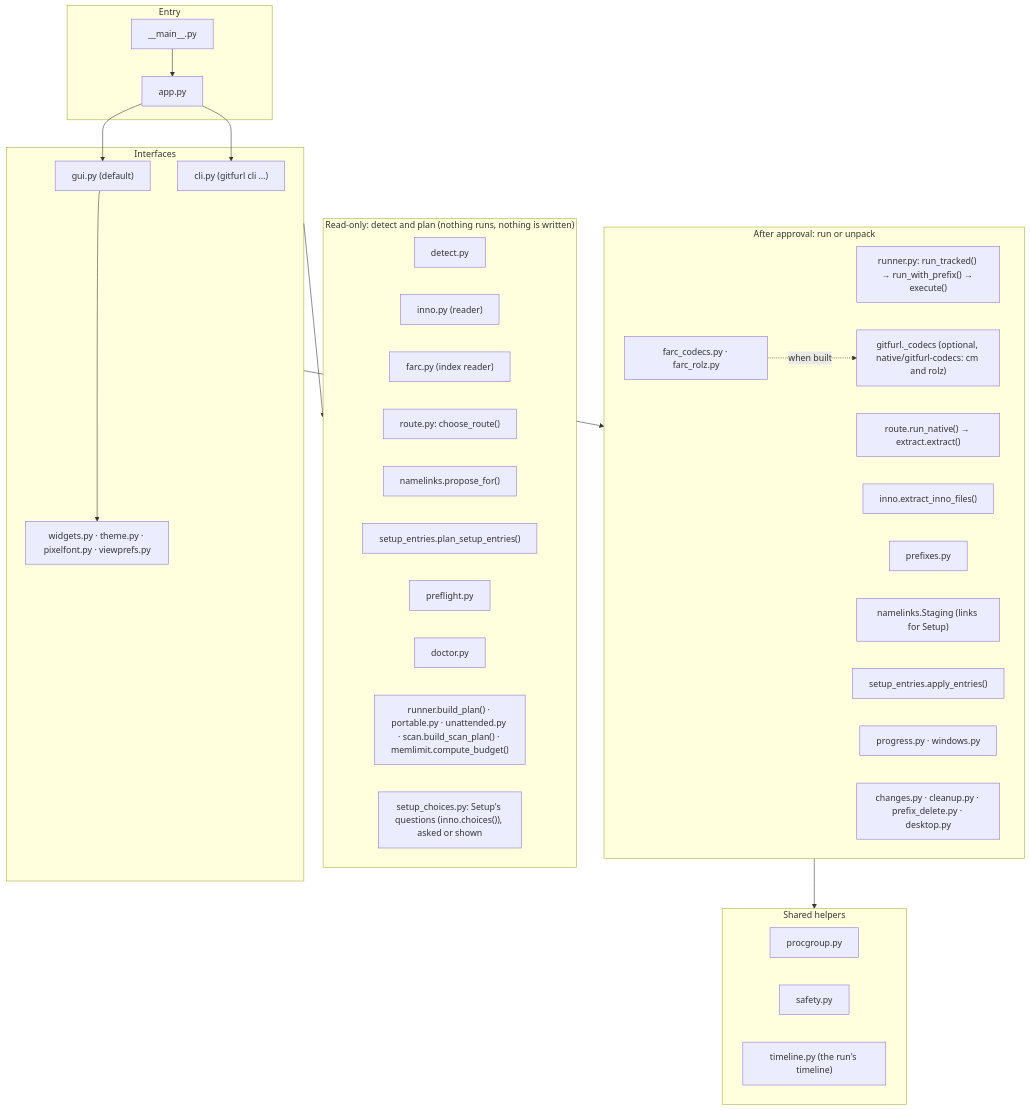
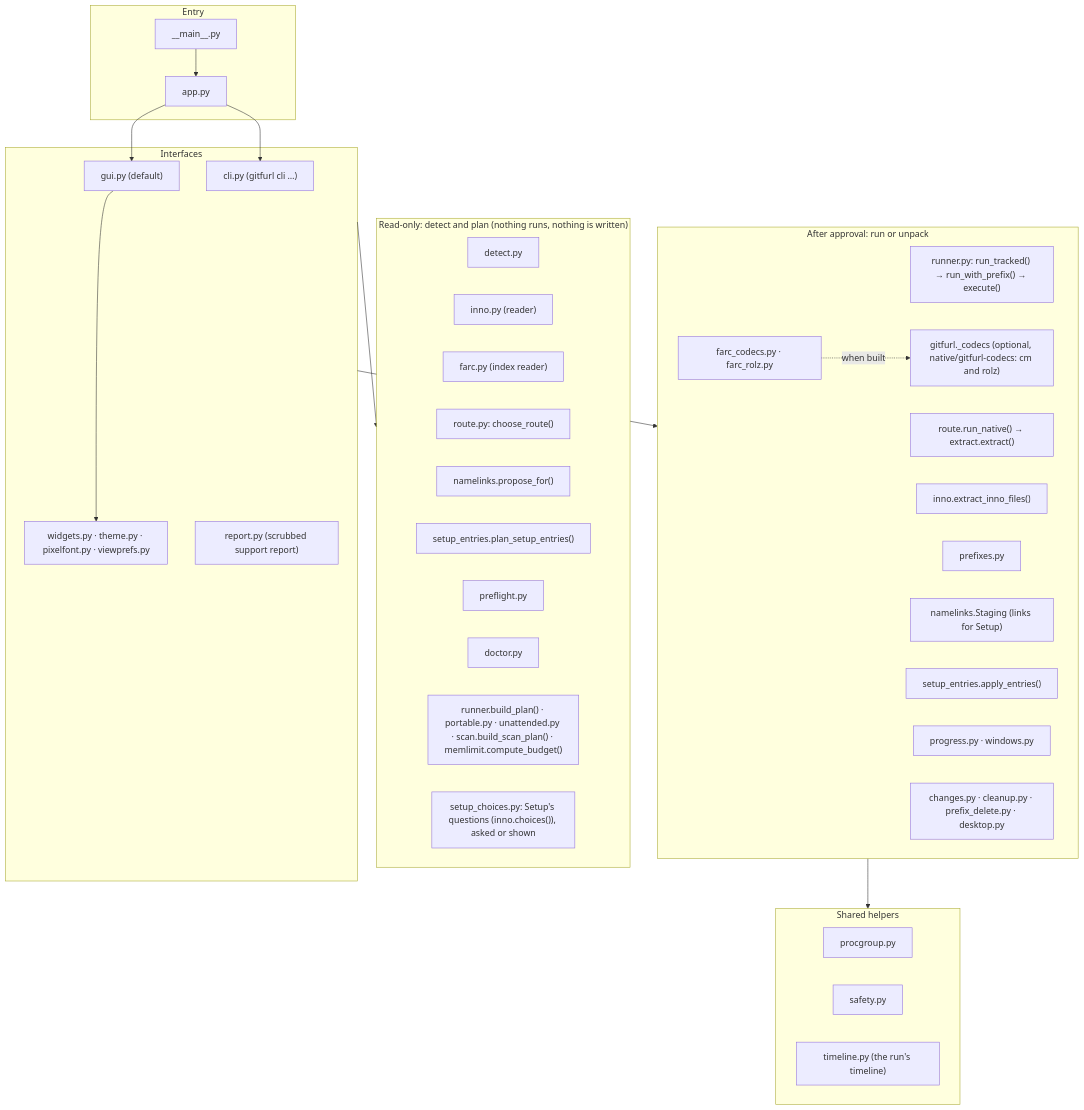
The first of 6 diagrams in docs/code-map.md (undecuple/gitfurl), drawn with Mermaid before and after one commit. The commit also changed other lines of this file and 12 other files, not shown here.

First line of the commit message:
Add a scrubbed support report (cli report; Copy support report in the window) (#76)

````diff
--- a/docs/code-map.md
+++ b/docs/code-map.md
@@ -9,46 +9,47 @@
 ```mermaid
 flowchart TB
   subgraph entry["Entry"]
     main["__main__.py"] --> app["app.py"]
   end
   subgraph ui["Interfaces"]
     gui["gui.py (default)"]
     cli["cli.py (gitfurl cli …)"]
     widgets["widgets.py · theme.py · pixelfont.py · viewprefs.py"]
+    report["report.py (scrubbed support report)"]
   end
   subgraph plan["Read-only: detect and plan (nothing runs, nothing is written)"]
     detect["detect.py"]
     inno["inno.py (reader)"]
     farc["farc.py (index reader)"]
     route["route.py: choose_route()"]
     links["namelinks.propose_for()"]
     entries["setup_entries.plan_setup_entries()"]
     preflight["preflight.py"]
     doctor["doctor.py"]
     builders["runner.build_plan() · portable.py · unattended.py · scan.build_scan_plan() · memlimit.compute_budget()"]
     choices["setup_choices.py: Setup's questions (inno.choices()), asked or shown"]
   end
   subgraph run["After approval: run or unpack"]
     runner["runner.py: run_tracked() → run_with_prefix() → execute()"]
     native["route.run_native() → extract.extract()"]
     innox["inno.extract_inno_files()"]
     codecs["farc_codecs.py · farc_rolz.py"]
     rust["gitfurl._codecs (optional, native/gitfurl-codecs: cm and rolz)"]
     prefixes["prefixes.py"]
     staging["namelinks.Staging (links for Setup)"]
     apply["setup_entries.apply_entries()"]
     progress["progress.py · windows.py"]
     changes["changes.py · cleanup.py · prefix_delete.py · desktop.py"]
   end
   subgraph shared["Shared helpers"]
     procgroup["procgroup.py"]
     safety["safety.py"]
     timeline["timeline.py (the run's timeline)"]
   end
   app --> gui & cli
   gui --> widgets
   ui --> plan
   ui --> run
   codecs -.->|when built| rust
   run --> shared
 ```
````
